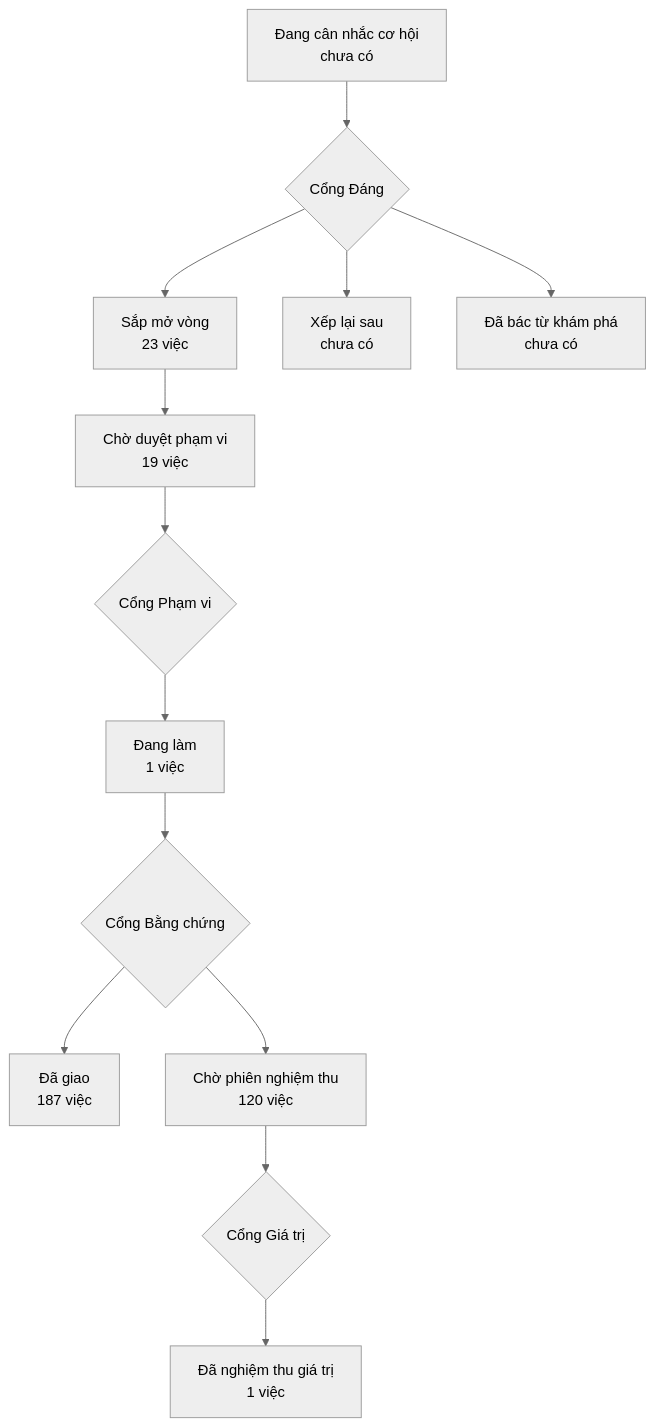
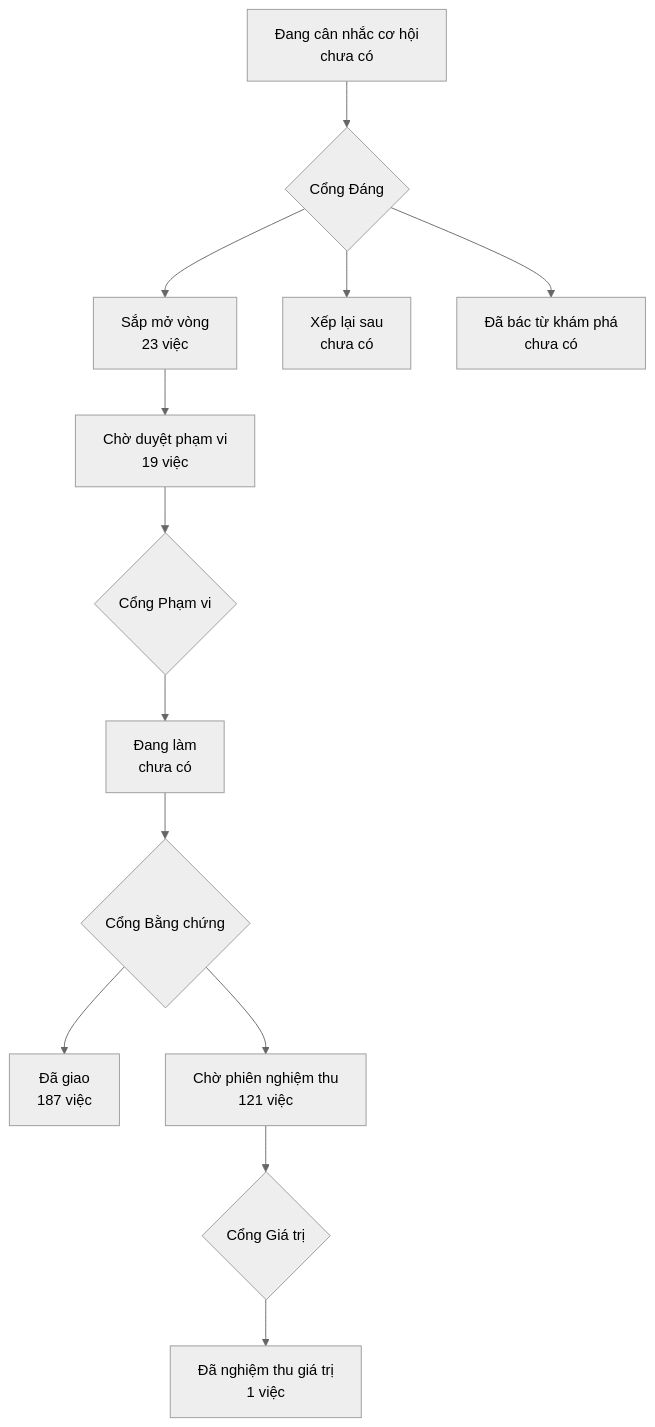
Before and after one commit to phanlemanh/onehub-invest: the diagram in PRODUCT-MAP.md, drawn with Mermaid (neutral theme). The commit also changed other lines of this file and 4 other files, not shown here.

````diff
--- a/PRODUCT-MAP.md
+++ b/PRODUCT-MAP.md
@@ -7,12 +7,12 @@
 ```mermaid
 flowchart TD
   A["Đang cân nhắc cơ hội<br/>chưa có"] --> GD{"Cổng Đáng"}
   GD --> B["Sắp mở vòng<br/>23 việc"]
   GD --> XL["Xếp lại sau<br/>chưa có"]
   GD --> DB["Đã bác từ khám phá<br/>chưa có"]
   B --> CD["Chờ duyệt phạm vi<br/>19 việc"] --> GP{"Cổng Phạm vi"}
-  GP --> DL["Đang làm<br/>1 việc"] --> GB{"Cổng Bằng chứng"}
+  GP --> DL["Đang làm<br/>chưa có"] --> GB{"Cổng Bằng chứng"}
   GB --> DG["Đã giao<br/>187 việc"]
-  GB --> CN["Chờ phiên nghiệm thu<br/>120 việc"] --> GG{"Cổng Giá trị"}
+  GB --> CN["Chờ phiên nghiệm thu<br/>121 việc"] --> GG{"Cổng Giá trị"}
   GG --> NT["Đã nghiệm thu giá trị<br/>1 việc"]
 ```
````
